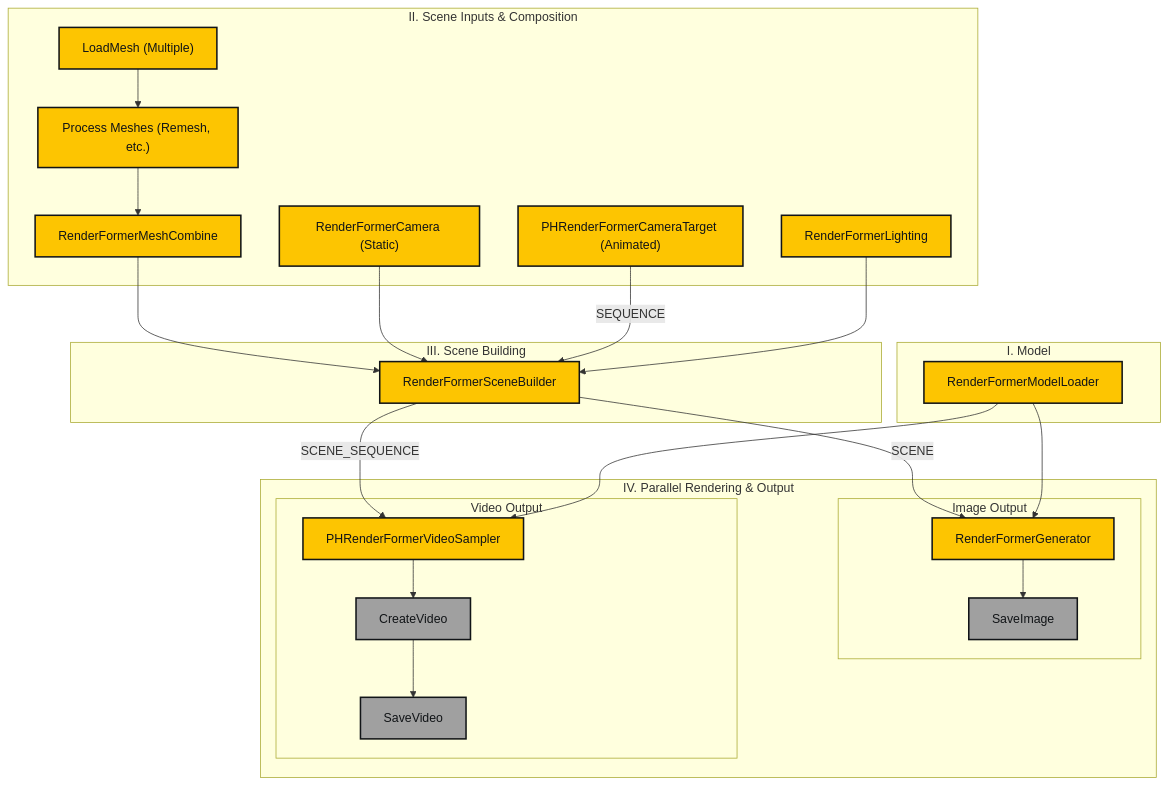
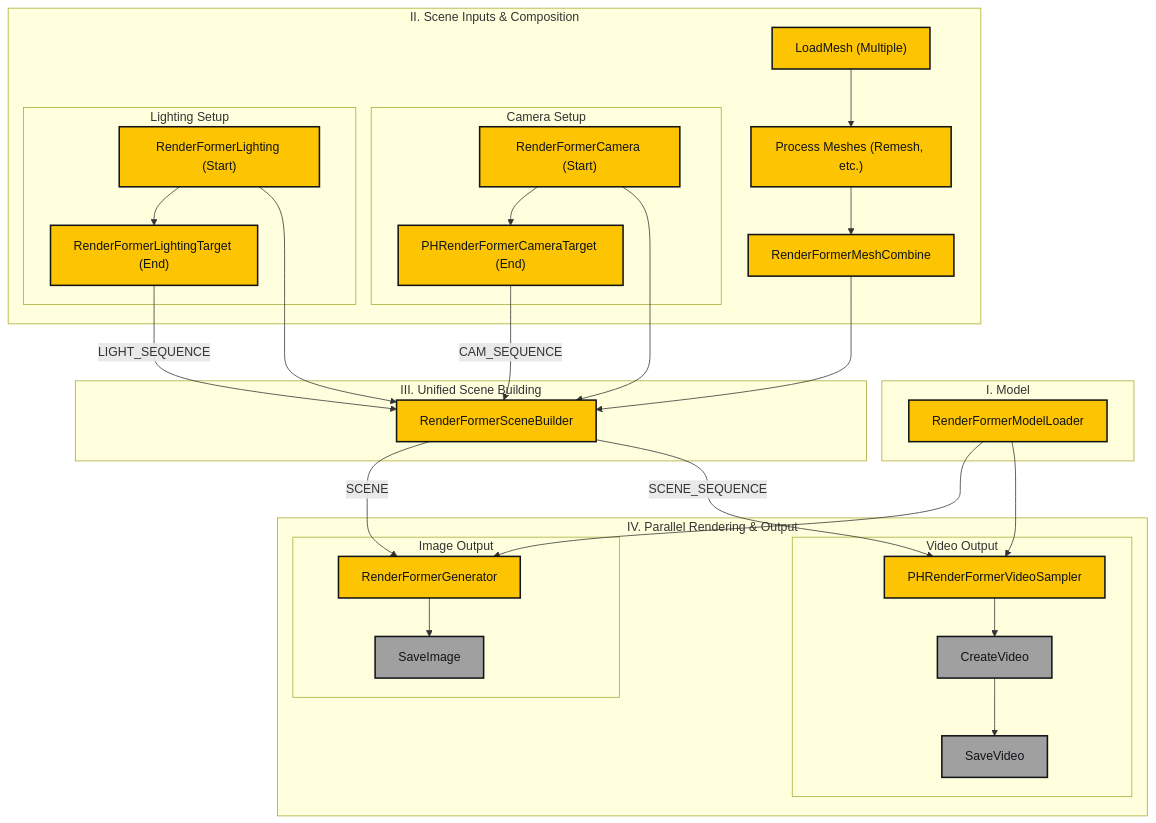
Before and after one commit to paulh4x/ComfyUI_PHRenderFormerWrapper: the second of 2 diagrams in README.md, drawn with Mermaid. The commit also changed other lines of this file, not shown here.

````diff
--- a/README.md
+++ b/README.md
@@ -135,48 +135,55 @@
 ```mermaid
 graph TD
     subgraph "I. Model"
         ModelLoader["RenderFormerModelLoader"]
     end
 
     subgraph "II. Scene Inputs & Composition"
         InputMeshes["LoadMesh (Multiple)"] --> Process["Process Meshes (Remesh, etc.)"] --> MeshCombine["RenderFormerMeshCombine"]
-        Camera["RenderFormerCamera (Static)"]
-        CameraAnim["PHRenderFormerCameraTarget (Animated)"]
-        Lighting["RenderFormerLighting"]
+        
+        subgraph "Camera Setup"
+            Camera["RenderFormerCamera (Start)"] --> CameraAnim["PHRenderFormerCameraTarget (End)"]
+        end
+        
+        subgraph "Lighting Setup"
+            Lighting["RenderFormerLighting (Start)"] --> LightAnim["RenderFormerLightingTarget (End)"]
+        end
     end
 
-    subgraph "III. Scene Building"
+    subgraph "III. Unified Scene Building"
         MeshCombine --> SceneBuilder["RenderFormerSceneBuilder"]
         Camera --> SceneBuilder
-        CameraAnim -- SEQUENCE --> SceneBuilder
         Lighting --> SceneBuilder
+        CameraAnim -- CAM_SEQUENCE --> SceneBuilder
+        LightAnim -- LIGHT_SEQUENCE --> SceneBuilder
     end
 
     subgraph "IV. Parallel Rendering & Output"
         subgraph "Image Output"
             SceneBuilder -- SCENE --> ImgGenerator["RenderFormerGenerator"]
             ModelLoader --> ImgGenerator
             ImgGenerator --> SaveImg["SaveImage"]
         end
 
         subgraph "Video Output"
             SceneBuilder -- SCENE_SEQUENCE --> VidSampler["PHRenderFormerVideoSampler"]
             ModelLoader --> VidSampler
             VidSampler --> CreateVid["CreateVideo"] --> SaveVid["SaveVideo"]
         end
     end
 
     style ModelLoader fill:#FDC501,stroke:#111417,stroke-width:2px,color:#111417
     style InputMeshes fill:#FDC501,stroke:#111417,stroke-width:2px,color:#111417
     style Process fill:#FDC501,stroke:#111417,stroke-width:2px,color:#111417
     style MeshCombine fill:#FDC501,stroke:#111417,stroke-width:2px,color:#111417
     style Camera fill:#FDC501,stroke:#111417,stroke-width:2px,color:#111417
     style CameraAnim fill:#FDC501,stroke:#111417,stroke-width:2px,color:#111417
     style Lighting fill:#FDC501,stroke:#111417,stroke-width:2px,color:#111417
+    style LightAnim fill:#FDC501,stroke:#111417,stroke-width:2px,color:#111417
     style SceneBuilder fill:#FDC501,stroke:#111417,stroke-width:2px,color:#111417
     style ImgGenerator fill:#FDC501,stroke:#111417,stroke-width:2px,color:#111417
     style VidSampler fill:#FDC501,stroke:#111417,stroke-width:2px,color:#111417
     style SaveImg fill:#a0a0a0,stroke:#111417,stroke-width:2px,color:#111417
     style CreateVid fill:#a0a0a0,stroke:#111417,stroke-width:2px,color:#111417
     style SaveVid fill:#a0a0a0,stroke:#111417,stroke-width:2px,color:#111417
 ```
````
